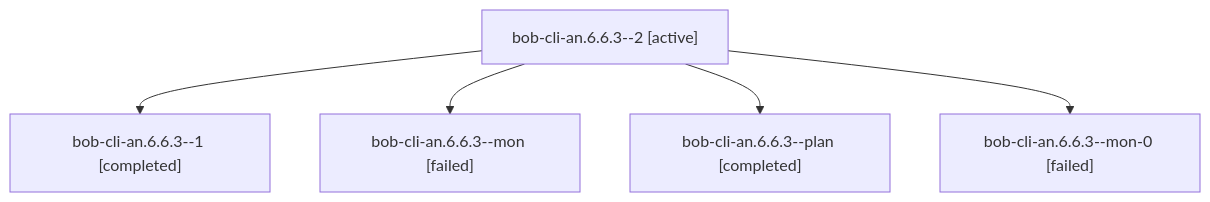
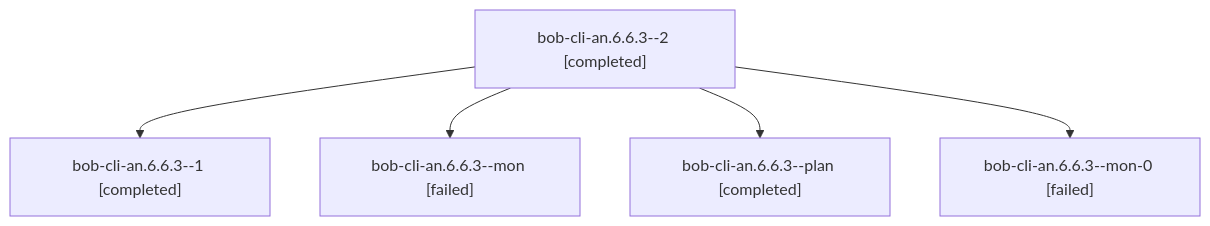
Before and after one commit to bobs-org/bob-cli--agents: the diagram in sessions/bbugyi200.athena.bob-cli-an.6.6.3.md, drawn with Mermaid. The commit also changed other lines of this file and 99 other files, not shown here.

````diff
--- a/sessions/bbugyi200.athena.bob-cli-an.6.6.3.md
+++ b/sessions/bbugyi200.athena.bob-cli-an.6.6.3.md
@@ -9,12 +9,12 @@
 ```mermaid
 flowchart TD
-  n0["bob-cli-an.6.6.3--2 [active]"]
+  n0["bob-cli-an.6.6.3--2 [completed]"]
   n1["bob-cli-an.6.6.3--1 [completed]"]
   n0 --> n1
   n2["bob-cli-an.6.6.3--mon [failed]"]
   n0 --> n2
   n3["bob-cli-an.6.6.3--plan [completed]"]
   n0 --> n3
   n4["bob-cli-an.6.6.3--mon-0 [failed]"]
   n0 --> n4
 ```
````
